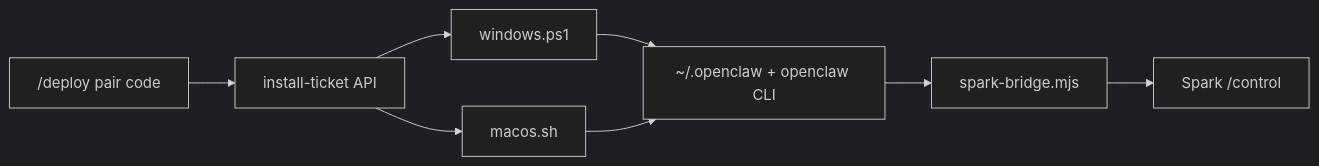
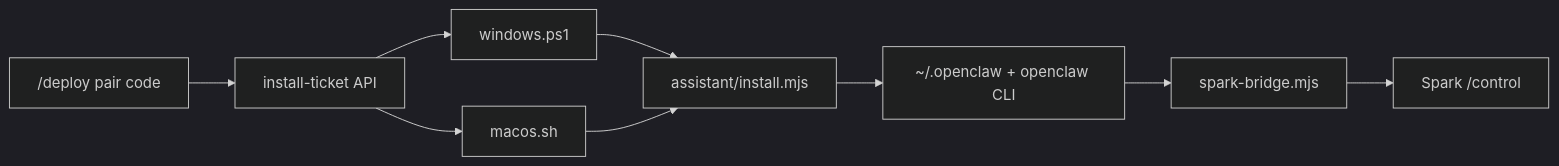
Before and after one commit to zilinli/ryan_learning: the diagram in docs/subsystems/assistant-repos-reference.md, drawn with Mermaid (dark theme). The commit also changed other lines of this file and 101 other files, not shown here.

````diff
--- a/docs/subsystems/assistant-repos-reference.md
+++ b/docs/subsystems/assistant-repos-reference.md
@@ -20,10 +18,11 @@
 ```mermaid
 flowchart LR
   Deploy["/deploy pair code"] --> Ticket["install-ticket API"]
   Ticket --> Win["windows.ps1"]
   Ticket --> Mac["macos.sh"]
-  Win --> OC["~/.openclaw + openclaw CLI"]
-  Mac --> OC
+  Win --> Assist["assistant/install.mjs"]
+  Mac --> Assist
+  Assist --> OC["~/.openclaw + openclaw CLI"]
   OC --> Bridge["spark-bridge.mjs"]
   Bridge --> Spark["Spark /control"]
 ```
````
